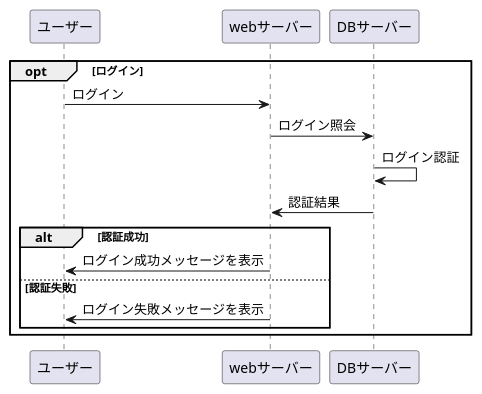
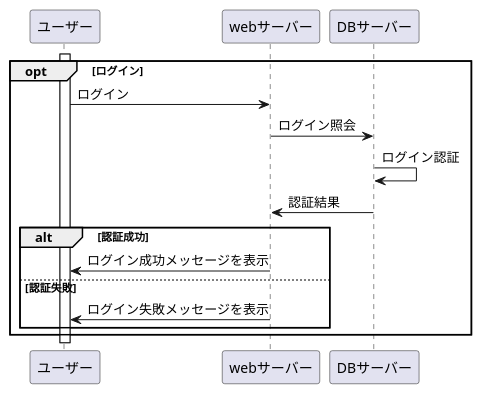
One commit to Aso2001025/2021-sys-design changed the diagram in sample.md. Above: the diagram before and after it, drawn with PlantUML.

````diff
--- a/sample.md
+++ b/sample.md
@@ -1,17 +1,17 @@
 ```uml
   @startuml
     opt ログイン
       ユーザー -> webサーバー: ログイン
       webサーバー -> DBサーバー: ログイン照会
       DBサーバー -> DBサーバー: ログイン認証
       DBサーバー -> webサーバー: 認証結果
       alt 認証成功
         webサーバー -> ユーザー: ログイン成功メッセージを表示
       else 認証失敗
         webサーバー -> ユーザー: ログイン失敗メッセージを表示
       end
      end
-      
+    activate ユーザー
     
   @enduml
 ```
````
